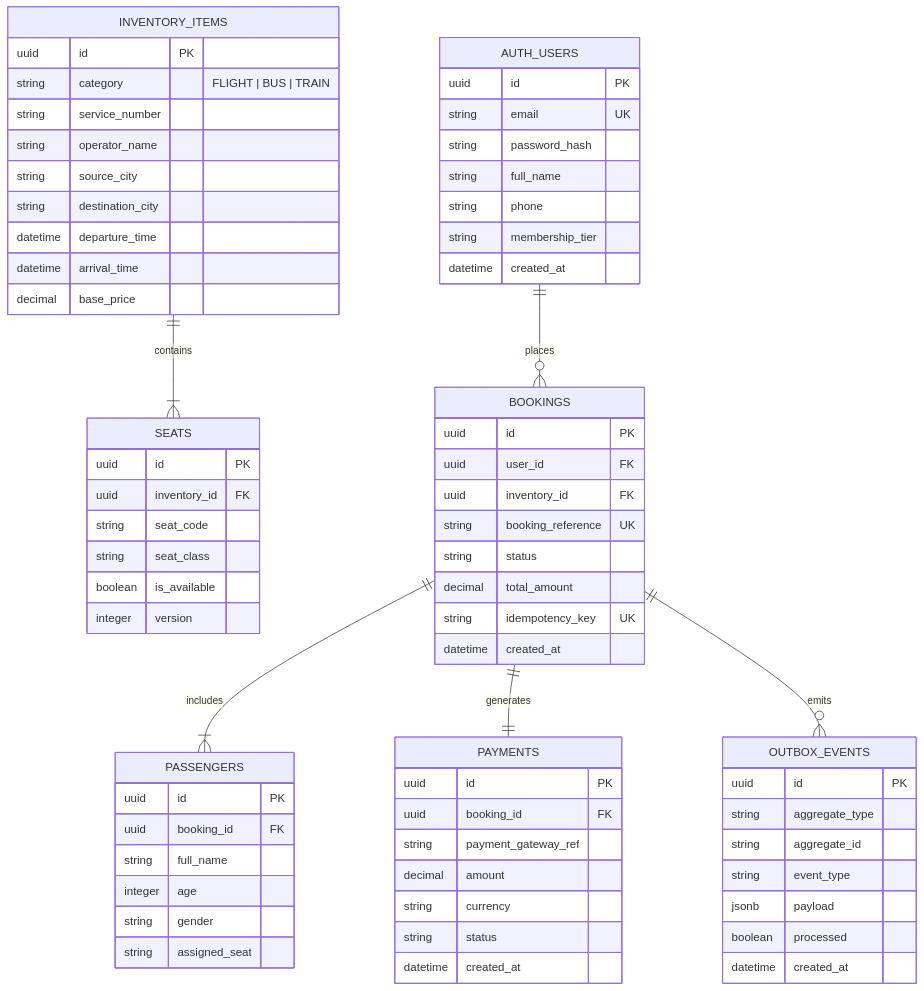
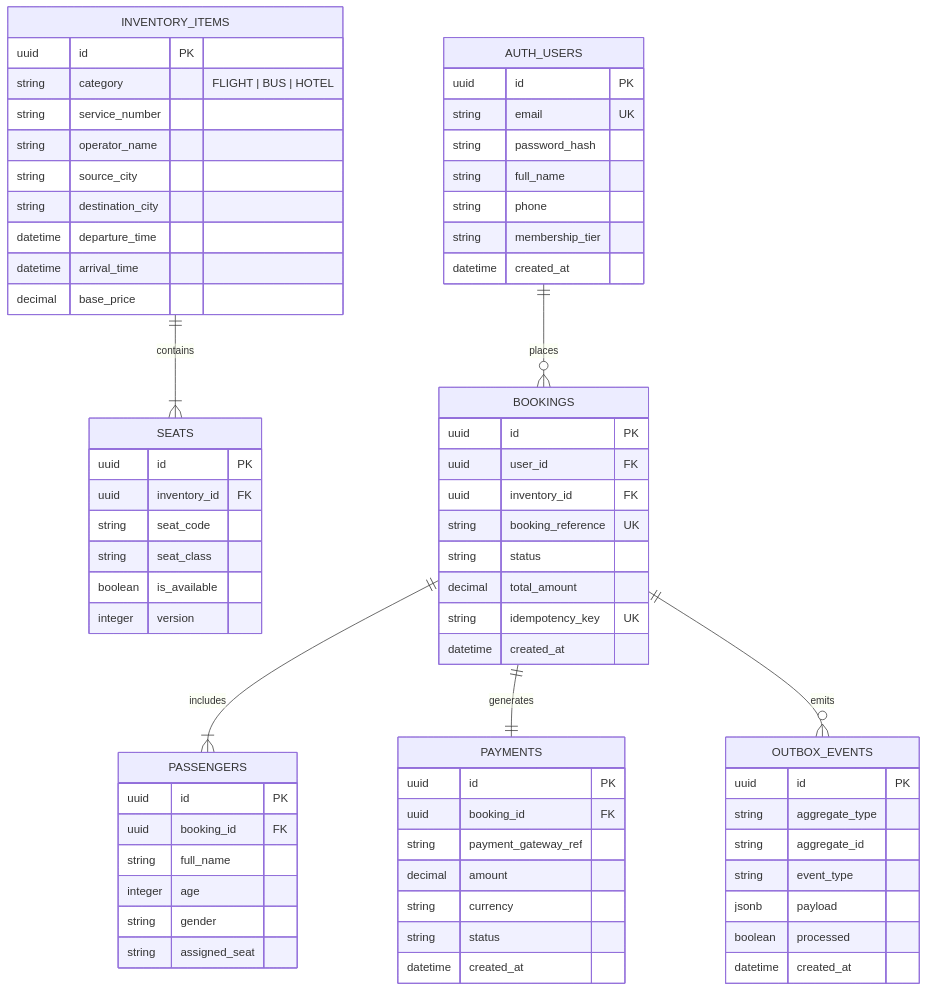
One commit to AdityaSGaur/moveo changed diagram 12 of 12 in docs/mca_final_year_project_diagrams_guide.md. Above: the diagram before and after it, drawn with Mermaid. The commit also changed other lines of this file and 19 other files, not shown here.

Commit message:
refactor: streamline booking flow and project structure

```diff
--- a/docs/mca_final_year_project_diagrams_guide.md
+++ b/docs/mca_final_year_project_diagrams_guide.md
@@ -569,7 +569,7 @@
     %% Inventory Microservice DB
     INVENTORY_ITEMS {
         uuid id PK
-        string category "FLIGHT | BUS | TRAIN"
+        string category "FLIGHT | BUS | HOTEL"
         string service_number
         string operator_name
         string source_city
```
